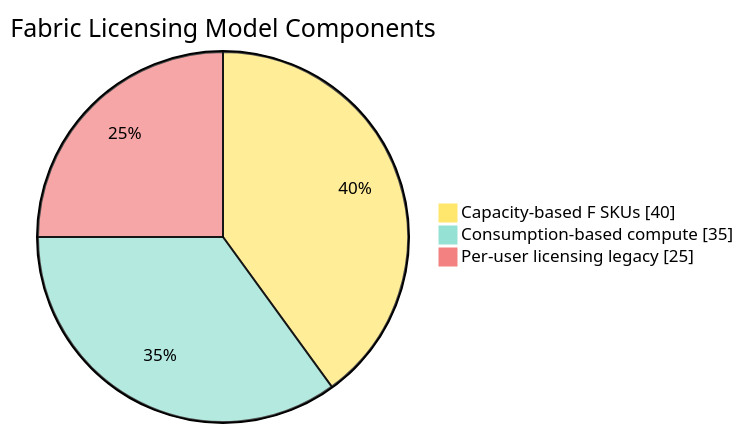
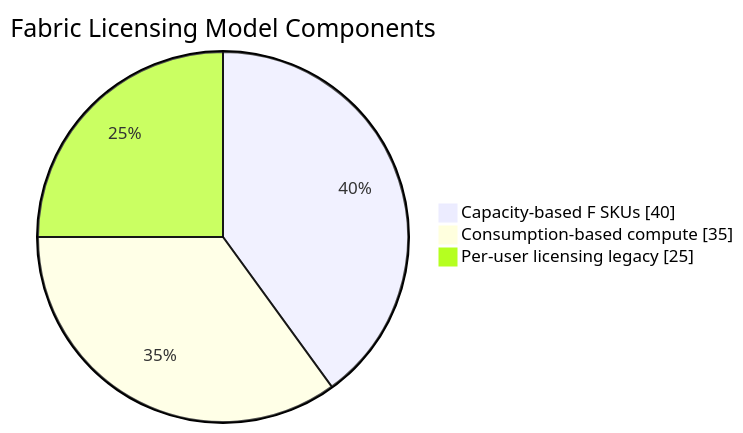
The second of 10 diagrams in microsoft-fabric/readme.md (MoBRUEC/MoBRUEC), drawn with Mermaid before and after one commit. The commit also changed other lines of this file, not shown here.

````diff
--- a/microsoft-fabric/readme.md
+++ b/microsoft-fabric/readme.md
@@ -89,8 +80,7 @@
 ```mermaid
-%%{init: {'theme':'base', 'themeVariables': { 'primaryColor':'#FFE66D','primaryTextColor':'#000','primaryBorderColor':'#4ECDC4','secondaryColor':'#95E1D3','tertiaryColor':'#F38181'}}}%%
 pie showData
     title Fabric Licensing Model Components
     "Capacity-based F SKUs" : 40
     "Consumption-based compute" : 35
     "Per-user licensing legacy" : 25
 ```
````
